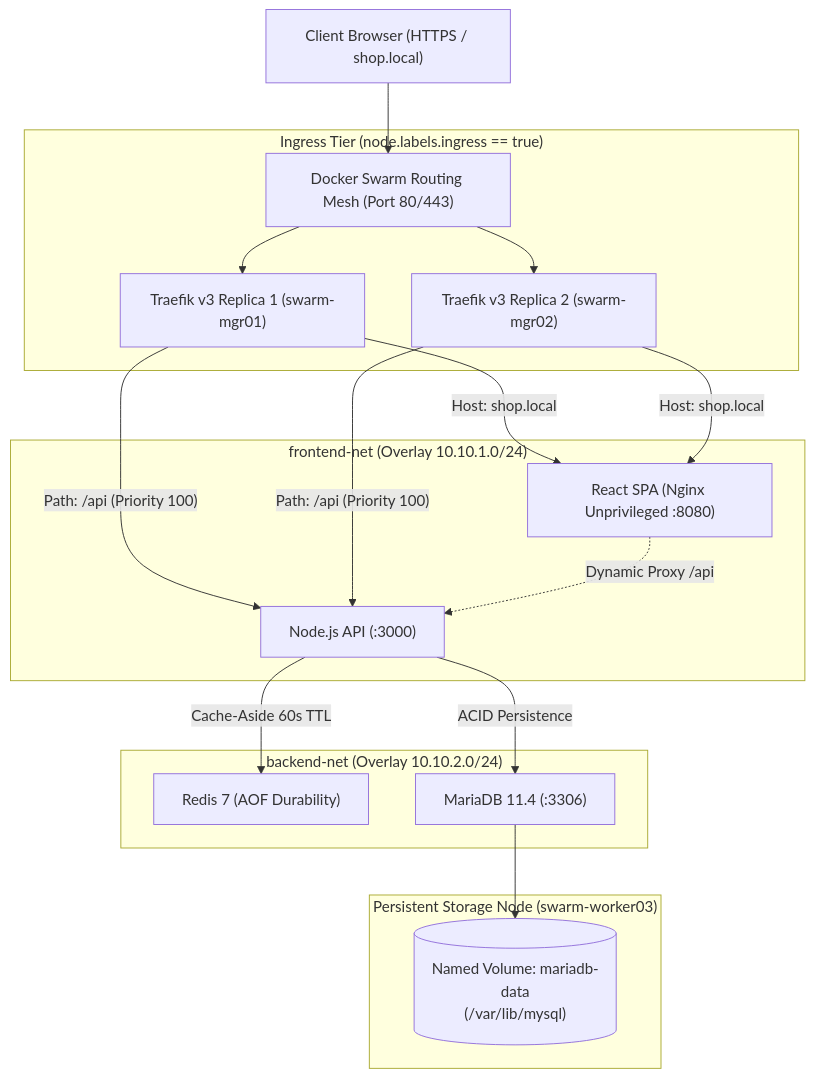
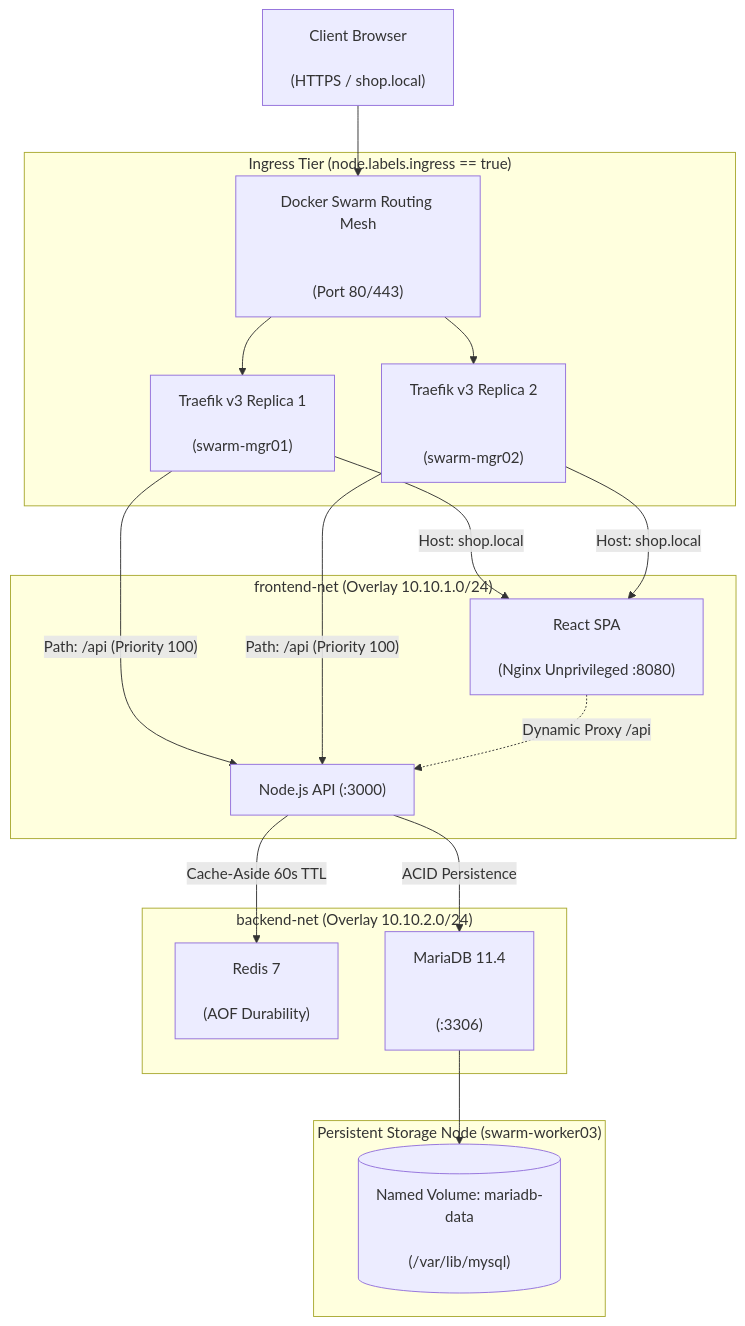
One commit to khunpiseyofficial-kh/docker-swarm-production-platform-v2 changed the second of 2 diagrams in architecture/system-architecture.md. Above: the diagram before and after it, drawn with Mermaid.

Commit message:
docs: update node labels with line breaks in system architecture diagram

````diff
--- a/architecture/system-architecture.md
+++ b/architecture/system-architecture.md
@@ -49,26 +49,45 @@
 ```mermaid
 flowchart TD
-    Client["Client Browser (HTTPS / shop.local)"] --> IngressMesh["Docker Swarm Routing Mesh (Port 80/443)"]
+    Client["Client Browser
 
-    subgraph IngressTier["Ingress Tier (node.labels.ingress == true)"]
-        IngressMesh --> Traefik1["Traefik v3 Replica 1 (swarm-mgr01)"]
-        IngressMesh --> Traefik2["Traefik v3 Replica 2 (swarm-mgr02)"]
-    end
+(HTTPS / shop.local)"] --> IngressMesh["Docker Swarm Routing Mesh
 
-    subgraph OverlayFrontend["frontend-net (Overlay 10.10.1.0/24)"]
-        Traefik1 -->|Host: shop.local| Frontend["React SPA (Nginx Unprivileged :8080)"]
-        Traefik2 -->|Host: shop.local| Frontend
-        Traefik1 -->|"Path: /api (Priority 100)"| Backend["Node.js API (:3000)"]
-        Traefik2 -->|"Path: /api (Priority 100)"| Backend
-        Frontend -.->|Dynamic Proxy /api| Backend
-    end
 
-    subgraph OverlayBackend["backend-net (Overlay 10.10.2.0/24)"]
-        Backend -->|Cache-Aside 60s TTL| Redis["Redis 7 (AOF Durability)"]
-        Backend -->|ACID Persistence| MariaDB["MariaDB 11.4 (:3306)"]
-    end
+(Port 80/443)"]
 
-    subgraph StorageTier["Persistent Storage Node (swarm-worker03)"]
-        MariaDB --> NamedVol[("Named Volume: mariadb-data\n(/var/lib/mysql)")]
-    end
+subgraph IngressTier["Ingress Tier (node.labels.ingress == true)"]
+    IngressMesh --> Traefik1["Traefik v3 Replica 1
+
+(swarm-mgr01)"]
+IngressMesh --> Traefik2["Traefik v3 Replica 2
+
+
+(swarm-mgr02)"]
+end
+
+subgraph OverlayFrontend["frontend-net (Overlay 10.10.1.0/24)"]
+    Traefik1 -->|Host: shop.local| Frontend["React SPA
+
+(Nginx Unprivileged :8080)"]
+Traefik2 -->|Host: shop.local| Frontend
+Traefik1 -->|Path: /api #40;Priority 100#41;| Backend["Node.js API (:3000)"]
+Traefik2 -->|Path: /api #40;Priority 100#41;| Backend
+Frontend -.->|Dynamic Proxy /api| Backend
+end
+
+subgraph OverlayBackend["backend-net (Overlay 10.10.2.0/24)"]
+    Backend -->|Cache-Aside 60s TTL| Redis["Redis 7
+
+(AOF Durability)"]
+Backend -->|ACID Persistence| MariaDB["MariaDB 11.4
+
+
+(:3306)"]
+end
+
+subgraph StorageTier["Persistent Storage Node (swarm-worker03)"]
+    MariaDB --> NamedVol[("Named Volume: mariadb-data
+
+(/var/lib/mysql)")]
+end
 ```
````
